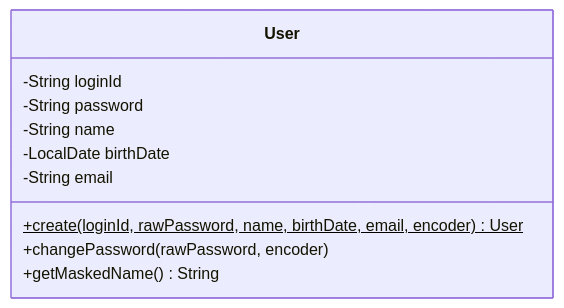
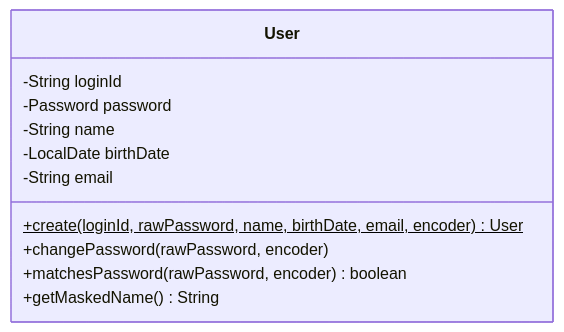
The diagram in docs/design/user/class-diagram.md (Loopers-dev-lab/loop-pack-be-l2-vol3-java), drawn with Mermaid before and after one commit. The commit also changed 6 other files, not shown here.

````diff
--- a/docs/design/user/class-diagram.md
+++ b/docs/design/user/class-diagram.md
@@ -8,13 +8,14 @@
 ```mermaid
 classDiagram
     class User {
         -String loginId
-        -String password
+        -Password password
         -String name
         -LocalDate birthDate
         -String email
         +create(loginId, rawPassword, name, birthDate, email, encoder)$ User
         +changePassword(rawPassword, encoder)
+        +matchesPassword(rawPassword, encoder) boolean
         +getMaskedName() String
     }
 ```
````
